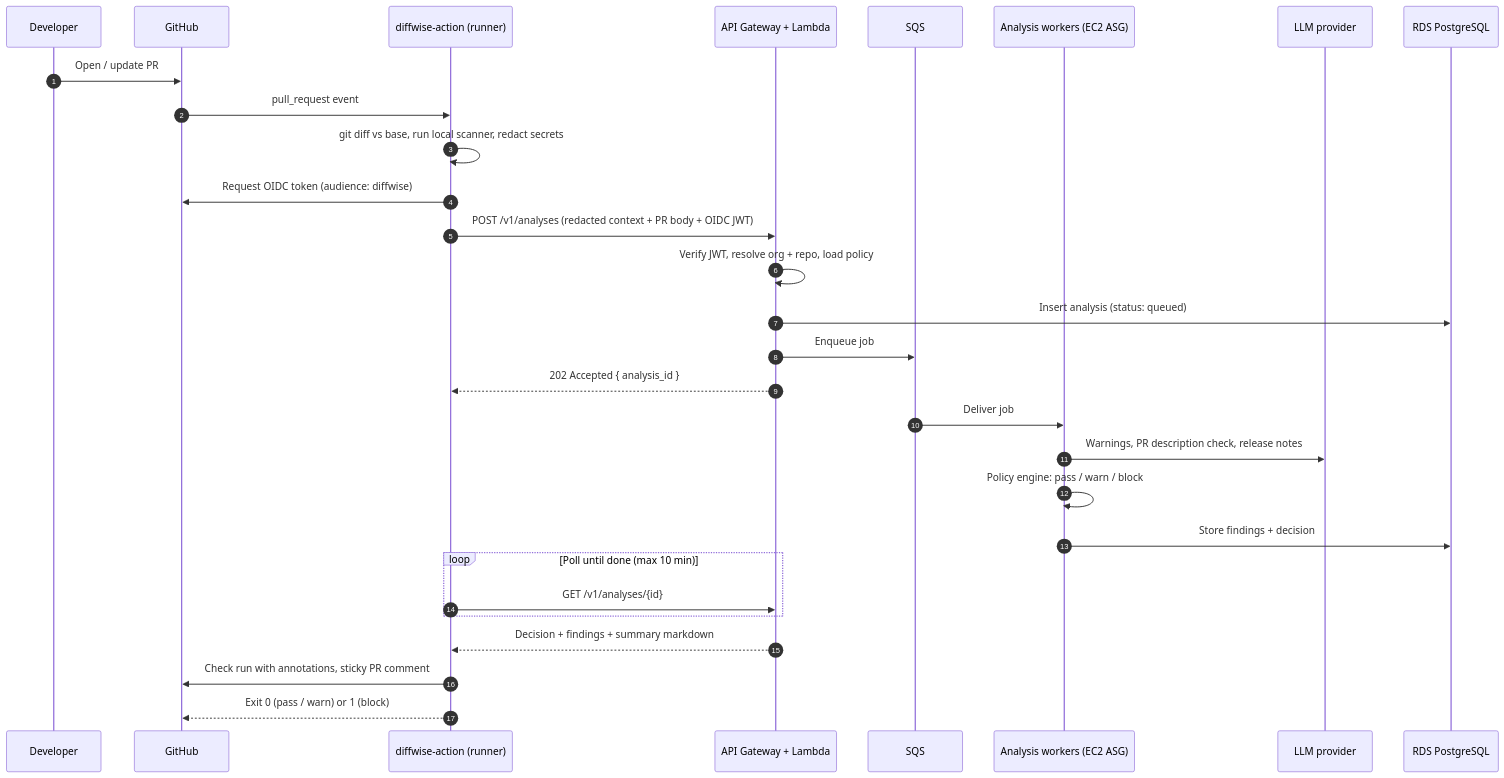
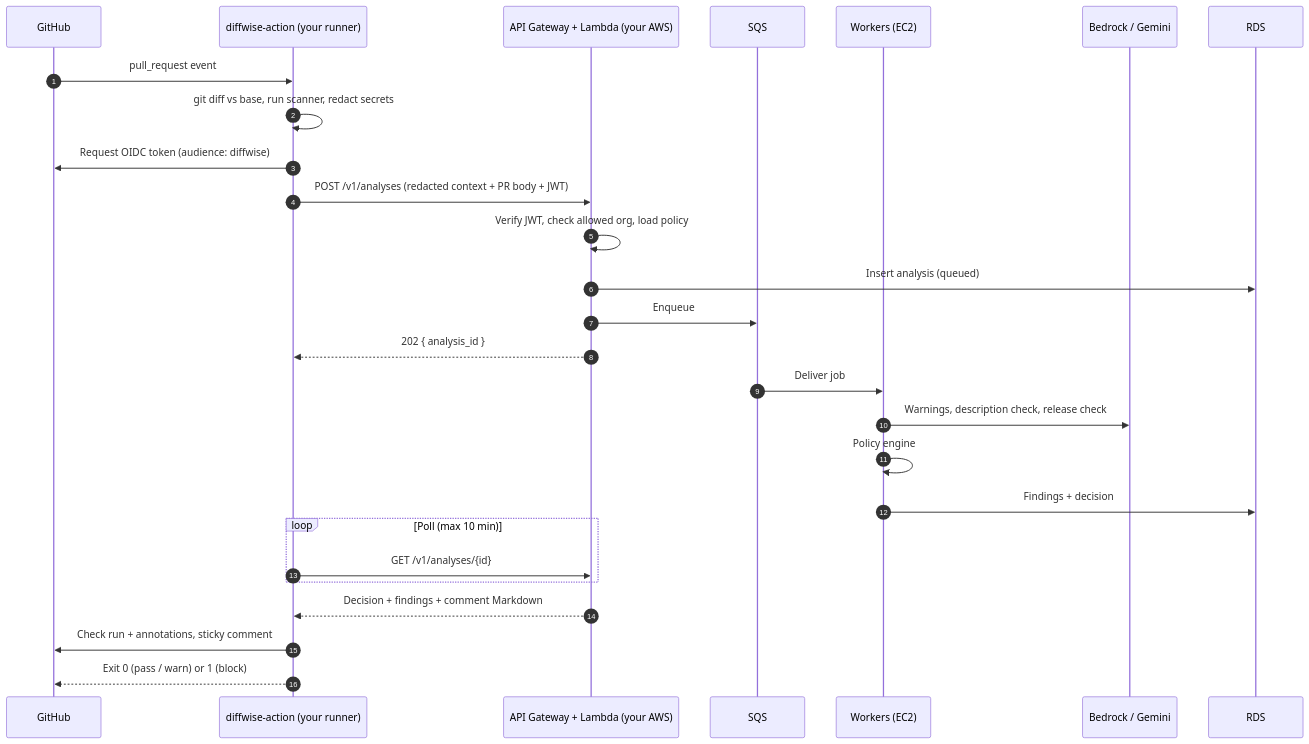
One commit to pato-byepaper/diffsense changed the third of 4 diagrams in docs/diffwise-cloud.md. Above: the diagram before and after it, drawn with Mermaid. The commit also changed other lines of this file, not shown here.

Commit message:
Sel Hosted Annotations

````diff
--- a/docs/diffwise-cloud.md
+++ b/docs/diffwise-cloud.md
@@ -35,32 +424,30 @@
 ```mermaid
 sequenceDiagram
     autonumber
-    participant Dev as Developer
     participant GH as GitHub
-    participant Act as diffwise-action (runner)
-    participant API as API Gateway + Lambda
+    participant Act as diffwise-action (your runner)
+    participant API as API Gateway + Lambda (your AWS)
     participant Q as SQS
-    participant W as Analysis workers (EC2 ASG)
-    participant LLM as LLM provider
-    participant DB as RDS PostgreSQL
+    participant W as Workers (EC2)
+    participant LLM as Bedrock / Gemini
+    participant DB as RDS
 
-    Dev->>GH: Open / update PR
     GH->>Act: pull_request event
-    Act->>Act: git diff vs base, run local scanner, redact secrets
+    Act->>Act: git diff vs base, run scanner, redact secrets
     Act->>GH: Request OIDC token (audience: diffwise)
-    Act->>API: POST /v1/analyses (redacted context + PR body + OIDC JWT)
-    API->>API: Verify JWT, resolve org + repo, load policy
-    API->>DB: Insert analysis (status: queued)
-    API->>Q: Enqueue job
-    API-->>Act: 202 Accepted { analysis_id }
+    Act->>API: POST /v1/analyses (redacted context + PR body + JWT)
+    API->>API: Verify JWT, check allowed org, load policy
+    API->>DB: Insert analysis (queued)
+    API->>Q: Enqueue
+    API-->>Act: 202 { analysis_id }
     Q->>W: Deliver job
-    W->>LLM: Warnings, PR description check, release notes
-    W->>W: Policy engine: pass / warn / block
-    W->>DB: Store findings + decision
-    loop Poll until done (max 10 min)
+    W->>LLM: Warnings, description check, release check
+    W->>W: Policy engine
+    W->>DB: Findings + decision
+    loop Poll (max 10 min)
         Act->>API: GET /v1/analyses/{id}
     end
-    API-->>Act: Decision + findings + summary markdown
-    Act->>GH: Check run with annotations, sticky PR comment
+    API-->>Act: Decision + findings + comment Markdown
+    Act->>GH: Check run + annotations, sticky comment
     Act-->>GH: Exit 0 (pass / warn) or 1 (block)
 ```
````
